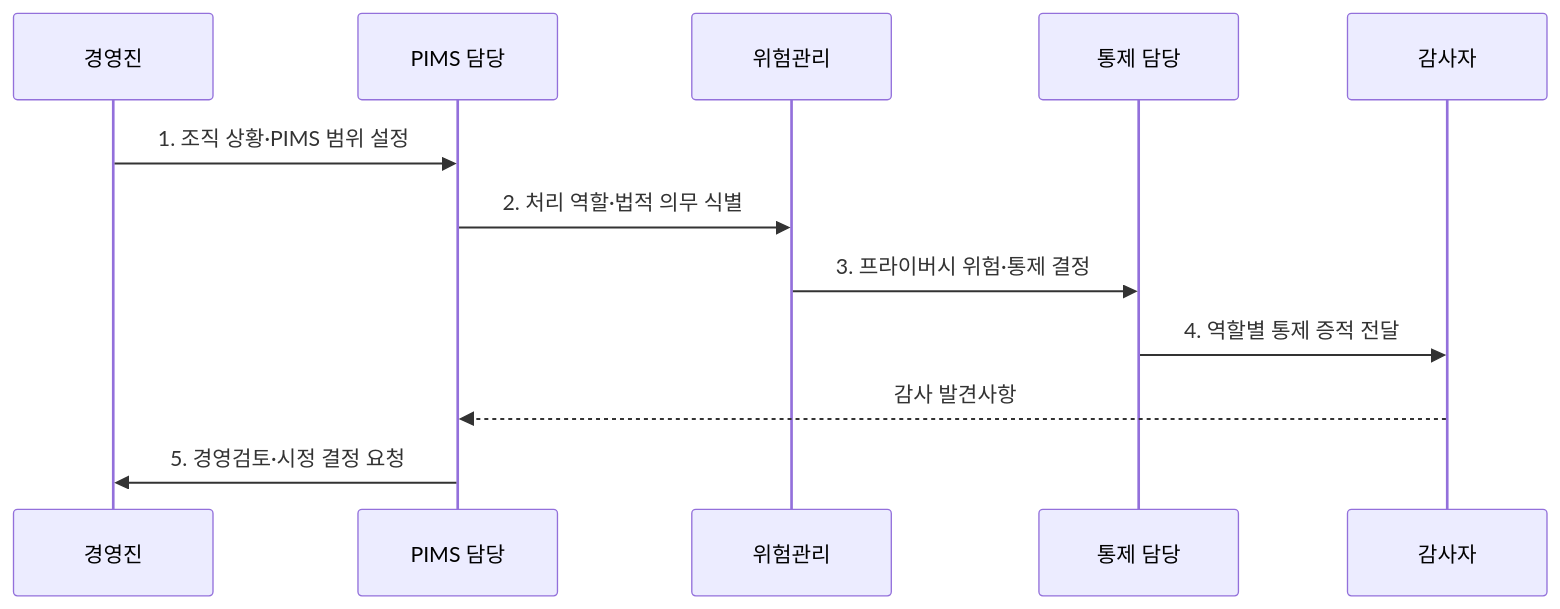
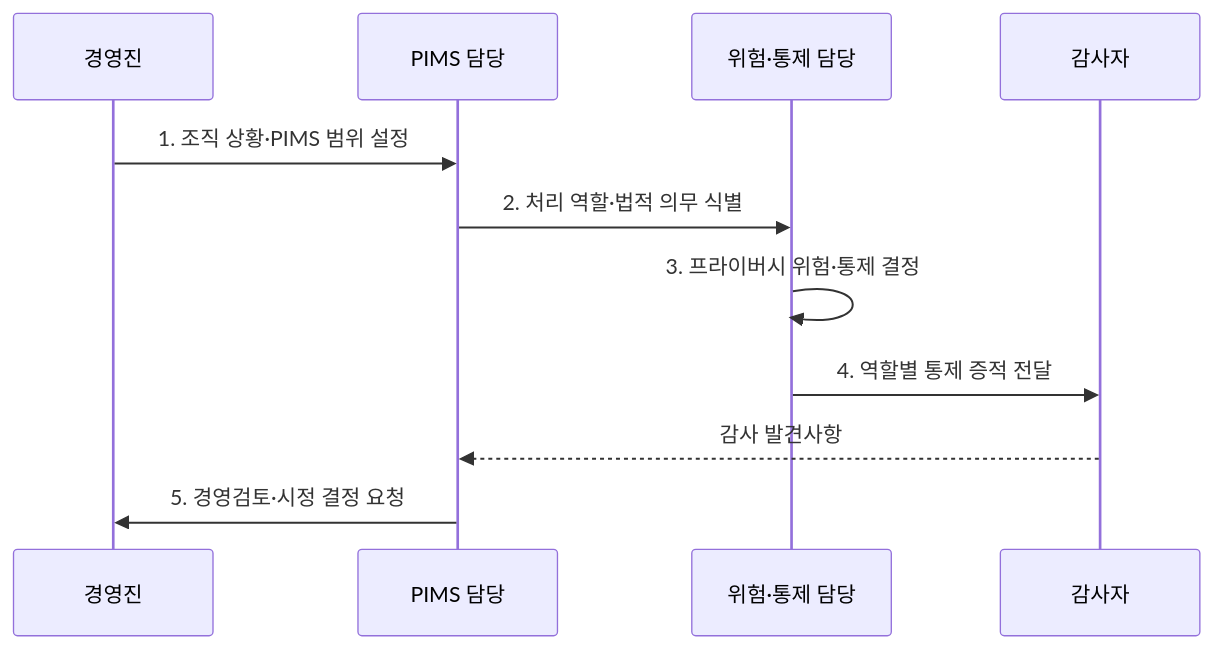
The second of 2 diagrams in src/content/docs/notes/05-security/107_iso_27701.md (agnusdei1207/knowledge-base), drawn with Mermaid before and after one commit. The commit also changed 6 other files, not shown here.

Commit message:
Simplify governance and forensics sequences

````diff
--- a/src/content/docs/notes/05-security/107_iso_27701.md
+++ b/src/content/docs/notes/05-security/107_iso_27701.md
@@ -99,14 +99,13 @@
 ```mermaid
 sequenceDiagram
   participant O as 경영진
   participant P as PIMS 담당
-  participant R as 위험관리
-  participant C as 통제 담당
+  participant C as 위험·통제 담당
   participant A as 감사자
   O->>P: 1. 조직 상황·PIMS 범위 설정
-  P->>R: 2. 처리 역할·법적 의무 식별
-  R->>C: 3. 프라이버시 위험·통제 결정
+  P->>C: 2. 처리 역할·법적 의무 식별
+  C->>C: 3. 프라이버시 위험·통제 결정
   C->>A: 4. 역할별 통제 증적 전달
   A-->>P: 감사 발견사항
   P->>O: 5. 경영검토·시정 결정 요청
 ```
````
